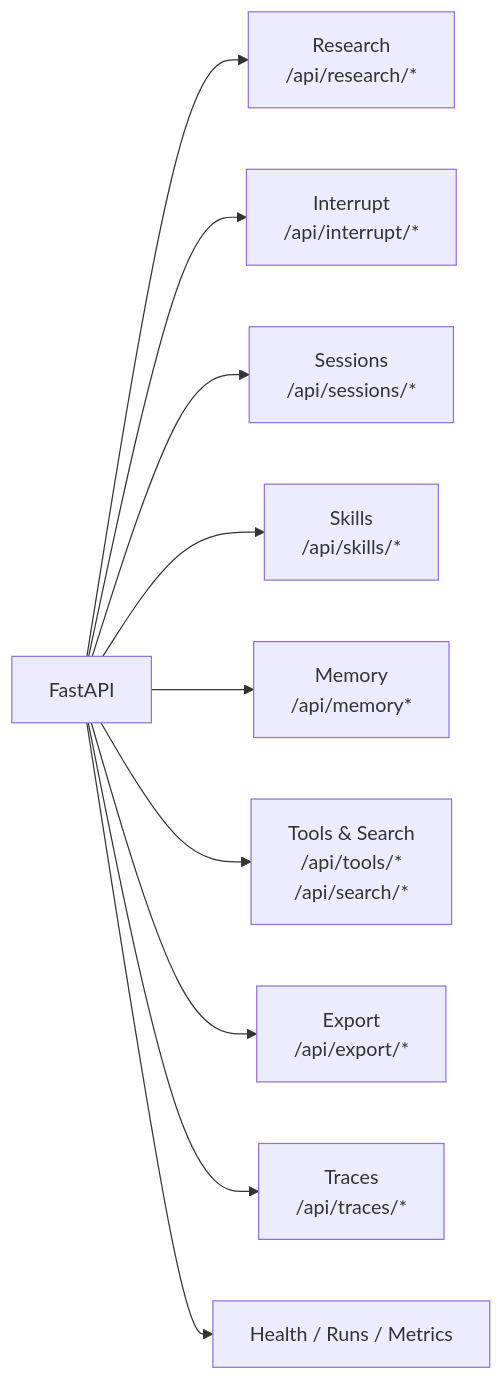
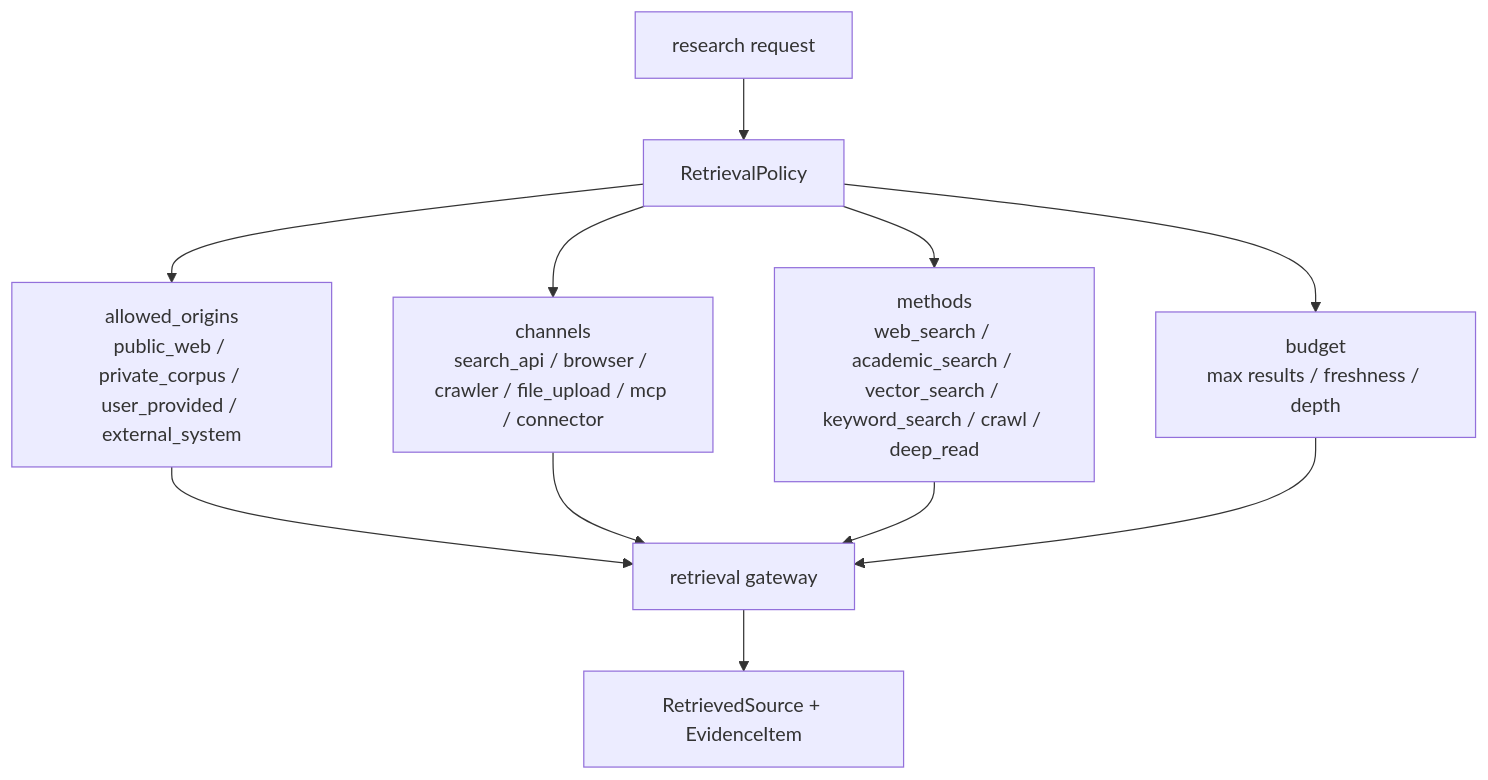
The fourth of 5 diagrams in README.md (LittleSongxx/SoulSearcher), drawn with Mermaid before and after one commit. The commit also changed other lines of this file and 50 other files, not shown here.

````diff
--- a/README.md
+++ b/README.md
@@ -233,12 +190,13 @@
 ```mermaid
-flowchart LR
-    API["FastAPI"] --> Research["Research\n/api/research/*"]
-    API --> Interrupt["Interrupt\n/api/interrupt/*"]
-    API --> Session["Sessions\n/api/sessions/*"]
-    API --> Skill["Skills\n/api/skills/*"]
-    API --> Memory["Memory\n/api/memory*"]
-    API --> Tools["Tools & Search\n/api/tools/*\n/api/search/*"]
-    API --> Export["Export\n/api/export/*"]
-    API --> Trace["Traces\n/api/traces/*"]
-    API --> Ops["Health / Runs / Metrics"]
+flowchart TB
+    Request["research request"] --> Policy["RetrievalPolicy"]
+    Policy --> Origins["allowed_origins\npublic_web / private_corpus / user_provided / external_system"]
+    Policy --> Channels["channels\nsearch_api / browser / crawler / file_upload / mcp / connector"]
+    Policy --> Methods["methods\nweb_search / academic_search / vector_search / keyword_search / crawl / deep_read"]
+    Policy --> Budget["budget\nmax results / freshness / depth"]
+    Origins --> Gateway["retrieval gateway"]
+    Channels --> Gateway
+    Methods --> Gateway
+    Budget --> Gateway
+    Gateway --> Sources["RetrievedSource + EvidenceItem"]
 ```
````
